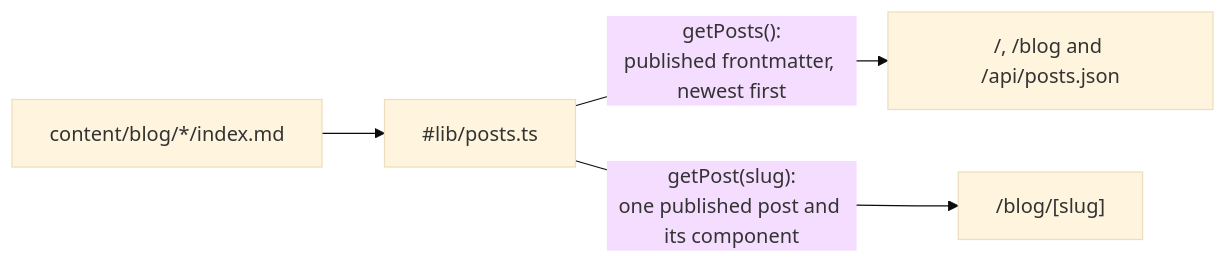
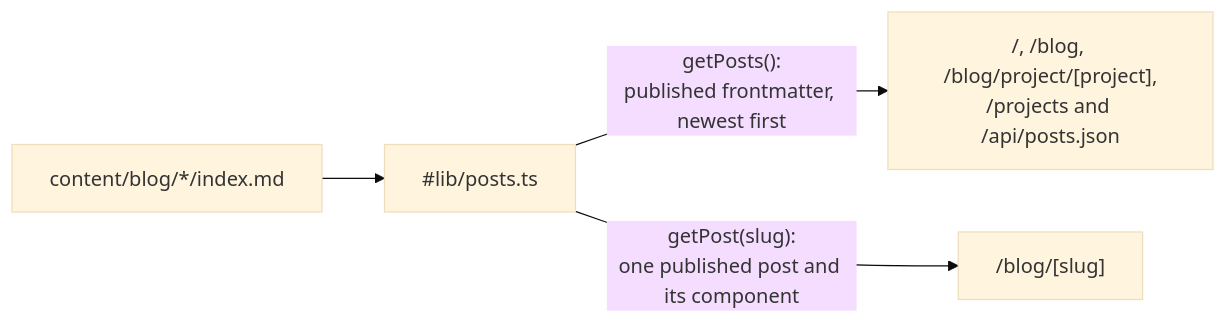
One commit to matus-barta/personal-web changed the diagram in .claude/architecture.md. Above: the diagram before and after it, drawn with Mermaid (base theme). The commit also changed other lines of this file and 19 other files, not shown here.

First line of the commit message:
blog : posts tagged by project, with a page of each project's posts

````diff
--- a/.claude/architecture.md
+++ b/.claude/architecture.md
@@ -45,6 +45,6 @@
 ```mermaid
 flowchart LR
     md["content/blog/*/index.md"] --> reader["#lib/posts.ts"]
-    reader -- "getPosts():<br/>published frontmatter, newest first" --> list["/, /blog and /api/posts.json"]
+    reader -- "getPosts():<br/>published frontmatter, newest first" --> list["/, /blog, /blog/project/[project],<br/>/projects and /api/posts.json"]
     reader -- "getPost(slug):<br/>one published post and its component" --> post["/blog/[slug]"]
 ```
````
